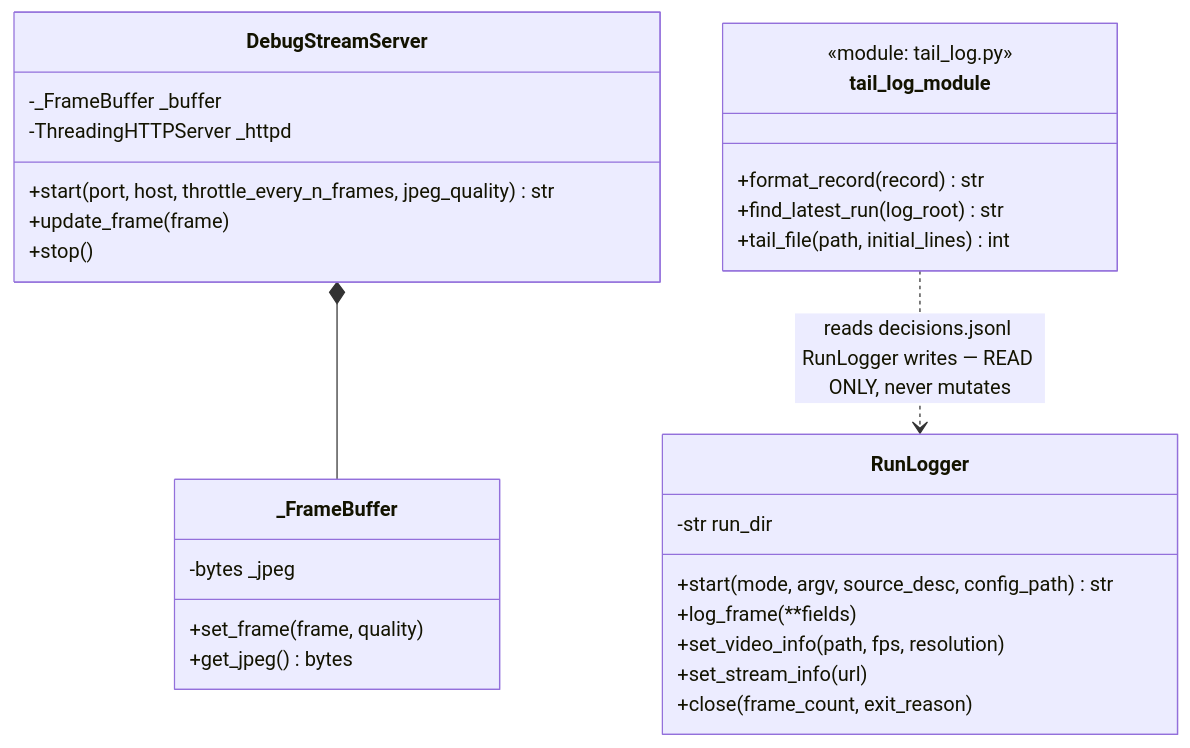
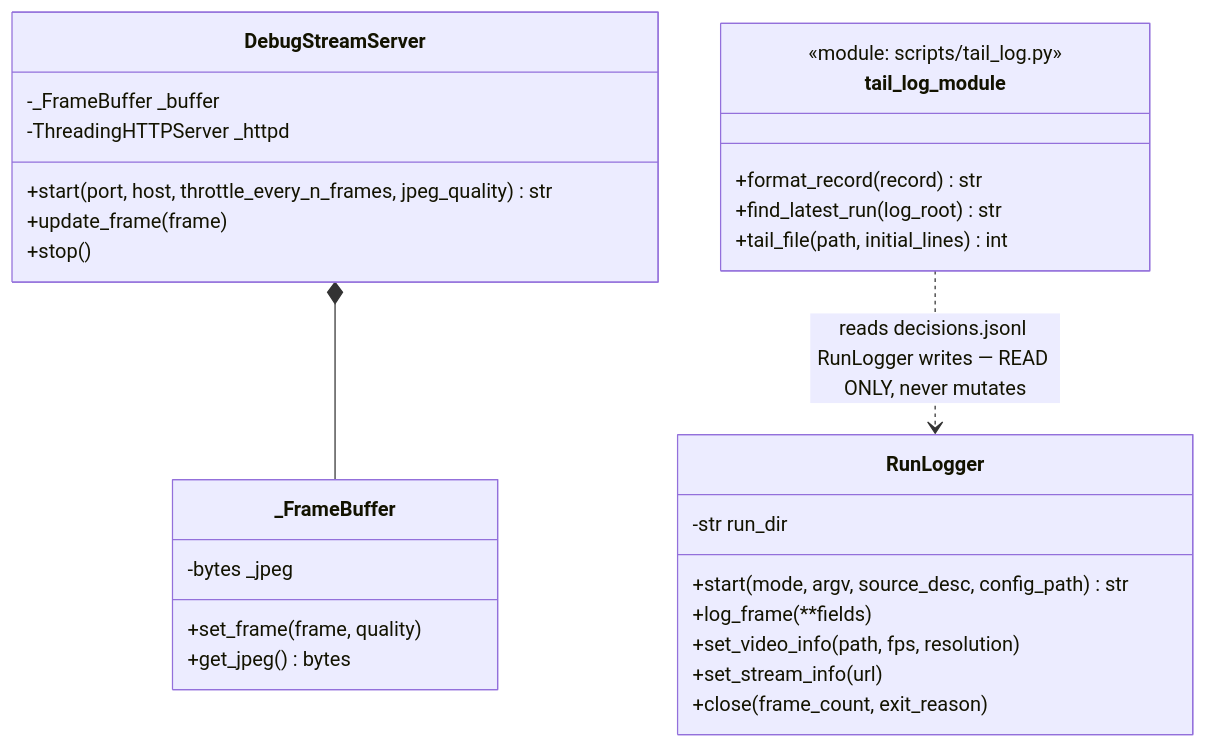
Before and after one commit to NhatNam041206/UOG_ARL_FOLLOWME: the eighth of 9 diagrams in docs/architecture.md, drawn with Mermaid. The commit also changed other lines of this file and 34 other files, not shown here.

````diff
--- a/docs/architecture.md
+++ b/docs/architecture.md
@@ -644,32 +702,32 @@
 ```mermaid
 classDiagram
     class RunLogger {
         -str run_dir
         +start(mode, argv, source_desc, config_path) str
         +log_frame(**fields)
         +set_video_info(path, fps, resolution)
         +set_stream_info(url)
         +close(frame_count, exit_reason)
     }
     class DebugStreamServer {
         -_FrameBuffer _buffer
         -ThreadingHTTPServer _httpd
         +start(port, host, throttle_every_n_frames, jpeg_quality) str
         +update_frame(frame)
         +stop()
     }
     class _FrameBuffer {
         -bytes _jpeg
         +set_frame(frame, quality)
         +get_jpeg() bytes
     }
     class tail_log_module {
-        <<module: tail_log.py>>
+        <<module: scripts/tail_log.py>>
         +format_record(record) str
         +find_latest_run(log_root) str
         +tail_file(path, initial_lines) int
     }
 
     DebugStreamServer *-- _FrameBuffer
     tail_log_module ..> RunLogger : reads decisions.jsonl RunLogger writes — READ ONLY, never mutates
 ```
````
